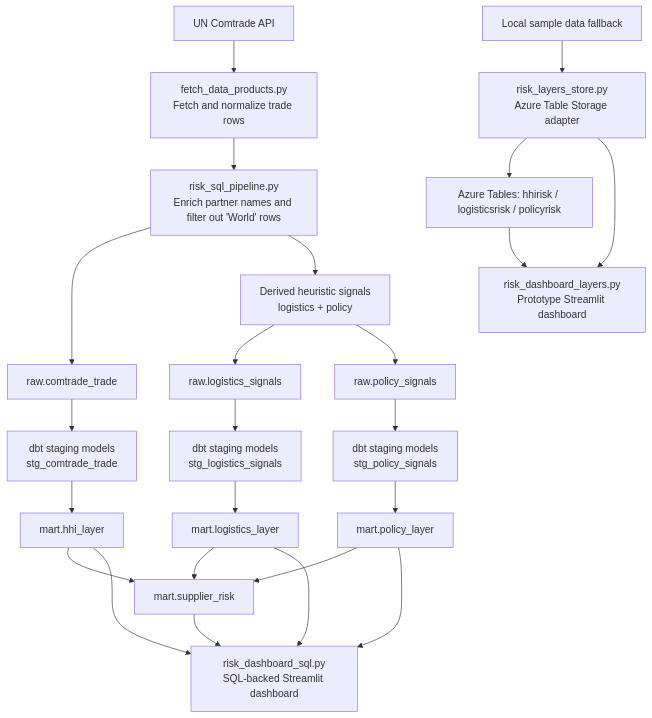
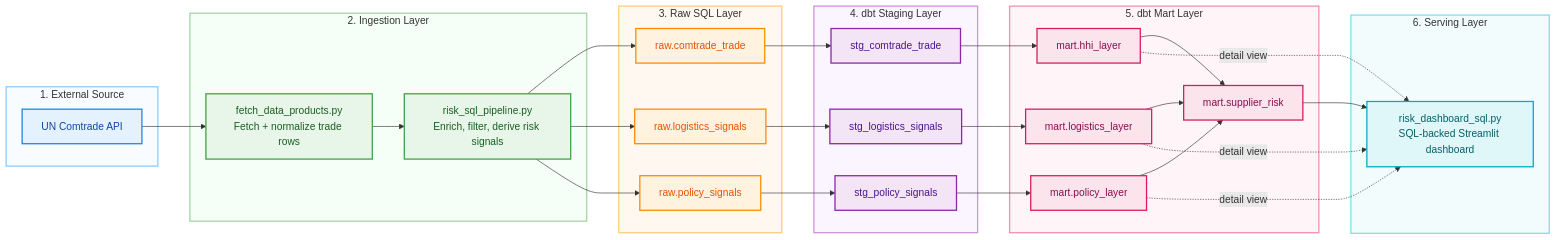
One commit to jkammering97/industry-risk-db changed the diagram in README.md. Above: the diagram before and after it, drawn with Mermaid.

````diff
--- a/README.md
+++ b/README.md
@@ -34,31 +34,77 @@
 ```mermaid
-flowchart TD
-    A["UN Comtrade API"] --> B["fetch_data_products.py<br/>Fetch and normalize trade rows"]
-    B --> C["risk_sql_pipeline.py<br/>Enrich partner names and filter out 'World' rows"]
-    C --> D["raw.comtrade_trade"]
-    C --> E["Derived heuristic signals<br/>logistics + policy"]
-    E --> F["raw.logistics_signals"]
-    E --> G["raw.policy_signals"]
+flowchart LR
+    subgraph source["1. External Source"]
+        A["UN Comtrade API"]
+    end
 
-    D --> H["dbt staging models<br/>stg_comtrade_trade"]
-    F --> I["dbt staging models<br/>stg_logistics_signals"]
-    G --> J["dbt staging models<br/>stg_policy_signals"]
+    subgraph ingest["2. Ingestion Layer"]
+        B["fetch_data_products.py<br/>Fetch + normalize trade rows"]
+        C["risk_sql_pipeline.py<br/>Enrich, filter, derive risk signals"]
+    end
 
-    H --> K["mart.hhi_layer"]
-    I --> L["mart.logistics_layer"]
-    J --> M["mart.policy_layer"]
+    subgraph raw["3. Raw SQL Layer"]
+        D["raw.comtrade_trade"]
+        E["raw.logistics_signals"]
+        F["raw.policy_signals"]
+    end
 
-    K --> N["mart.supplier_risk"]
-    L --> N
+    subgraph staging["4. dbt Staging Layer"]
+        G["stg_comtrade_trade"]
+        H["stg_logistics_signals"]
+        I["stg_policy_signals"]
+    end
+
+    subgraph marts["5. dbt Mart Layer"]
+        J["mart.hhi_layer"]
+        K["mart.logistics_layer"]
+        L["mart.policy_layer"]
+        M["mart.supplier_risk"]
+    end
+
+    subgraph serve["6. Serving Layer"]
+        N["risk_dashboard_sql.py<br/>SQL-backed Streamlit dashboard"]
+    end
+
+    A --> B --> C
+    C --> D
+    C --> E
+    C --> F
+
+    D --> G
+    E --> H
+    F --> I
+
+    G --> J
+    H --> K
+    I --> L
+
+    J --> M
+    K --> M
+    L --> M
+
     M --> N
+    J -.detail view.-> N
+    K -.detail view.-> N
+    L -.detail view.-> N
 
-    N --> O["risk_dashboard_sql.py<br/>SQL-backed Streamlit dashboard"]
-    K --> O
-    L --> O
-    M --> O
+    classDef sourceNode fill:#E3F2FD,stroke:#1E88E5,color:#0D47A1,stroke-width:2px;
+    classDef ingestNode fill:#E8F5E9,stroke:#43A047,color:#1B5E20,stroke-width:2px;
+    classDef rawNode fill:#FFF3E0,stroke:#FB8C00,color:#E65100,stroke-width:2px;
+    classDef stagingNode fill:#F3E5F5,stroke:#8E24AA,color:#4A148C,stroke-width:2px;
+    classDef martNode fill:#FCE4EC,stroke:#D81B60,color:#880E4F,stroke-width:2px;
+    classDef serveNode fill:#E0F7FA,stroke:#00ACC1,color:#006064,stroke-width:2px;
 
-    P["risk_layers_store.py<br/>Azure Table Storage adapter"] --> Q["Azure Tables: hhirisk / logisticsrisk / policyrisk"]
-    Q --> R["risk_dashboard_layers.py<br/>Prototype Streamlit dashboard"]
-    P --> R
-    S["Local sample data fallback"] --> P
+    class A sourceNode;
+    class B,C ingestNode;
+    class D,E,F rawNode;
+    class G,H,I stagingNode;
+    class J,K,L,M martNode;
+    class N serveNode;
+
+    style source fill:#F8FBFF,stroke:#90CAF9,stroke-width:2px;
+    style ingest fill:#F6FFF7,stroke:#A5D6A7,stroke-width:2px;
+    style raw fill:#FFF8F1,stroke:#FFCC80,stroke-width:2px;
+    style staging fill:#FBF5FF,stroke:#CE93D8,stroke-width:2px;
+    style marts fill:#FFF5F8,stroke:#F48FB1,stroke-width:2px;
+    style serve fill:#F2FCFD,stroke:#80DEEA,stroke-width:2px;
 ```
````
